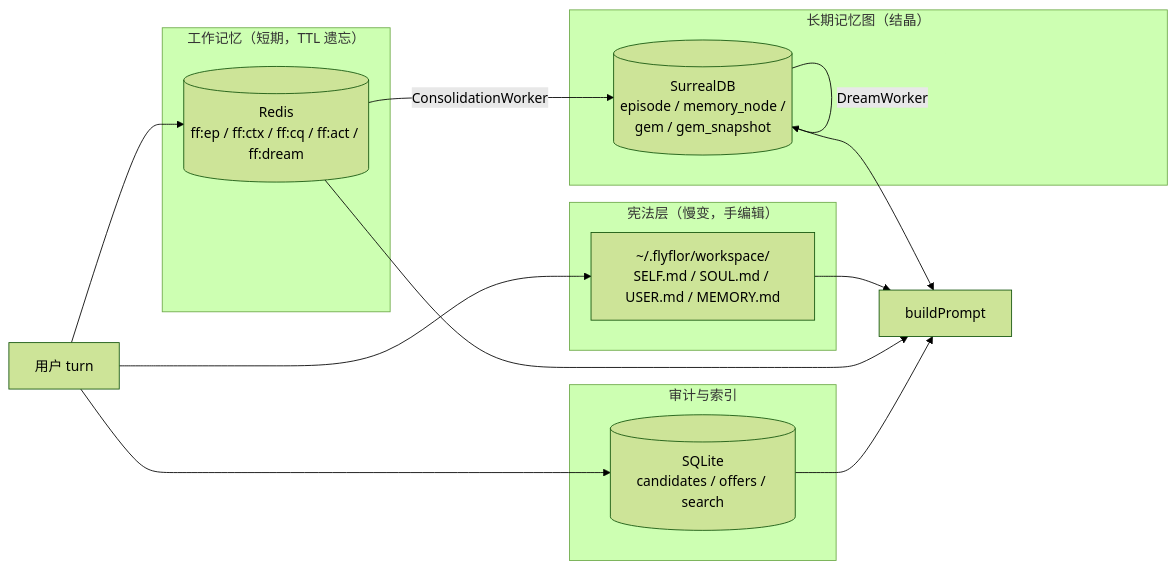
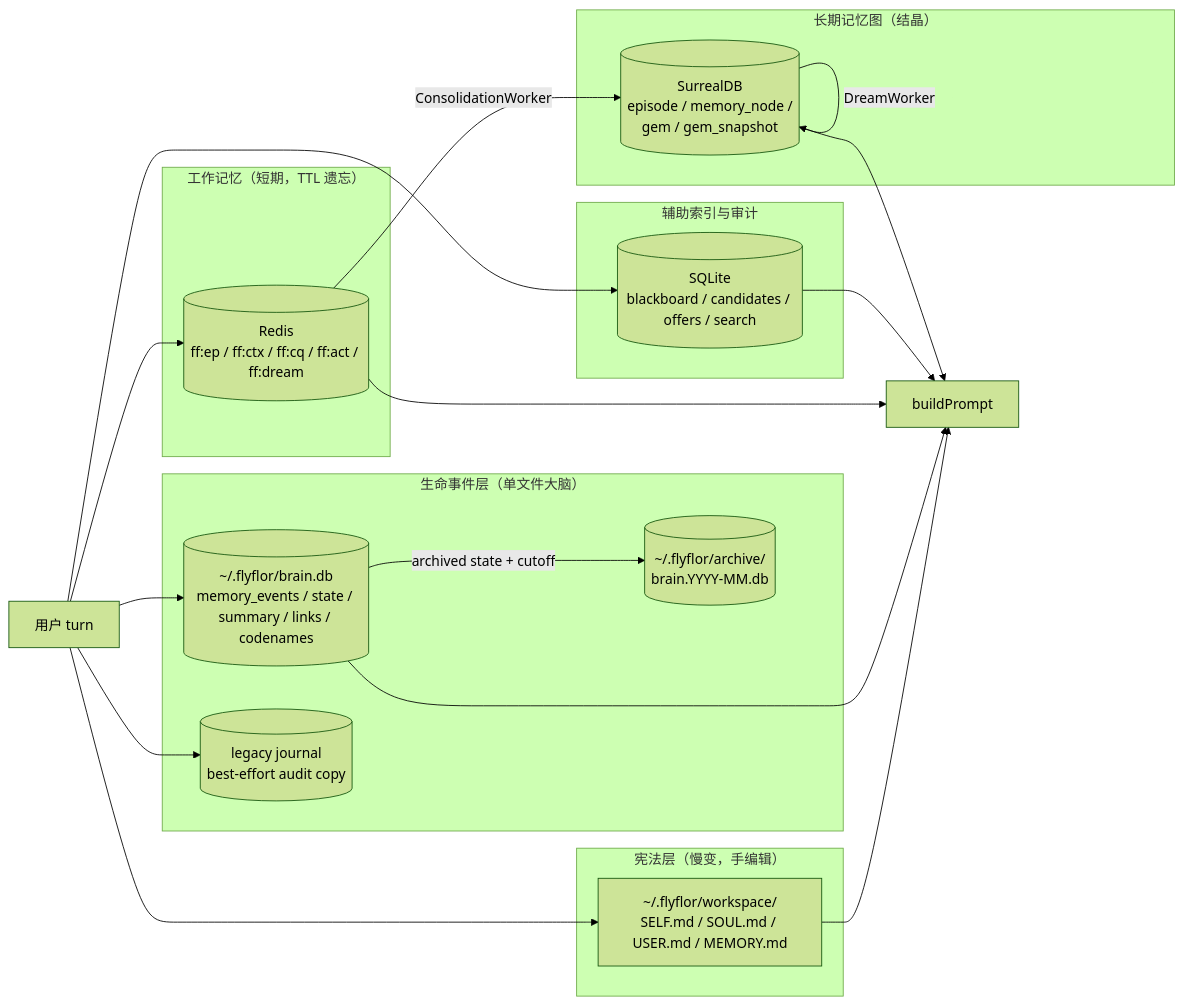
Before and after one commit to flyflor/flyflor: the first of 5 diagrams in docs/memory.system.md, drawn with Mermaid (forest theme). The commit also changed other lines of this file and 68 other files, not shown here.

Commit message:
feat(memory): close summary embedding and brain archive rollout

````diff
--- a/docs/memory.system.md
+++ b/docs/memory.system.md
@@ -27,28 +30,38 @@
 ```mermaid
 flowchart LR
     subgraph Constitutional["宪法层（慢变，手编辑）"]
         Markdown["~/.flyflor/workspace/<br/>SELF.md / SOUL.md / USER.md / MEMORY.md"]
     end
 
     subgraph Working["工作记忆（短期，TTL 遗忘）"]
         Redis[("Redis<br/>ff:ep / ff:ctx / ff:cq / ff:act / ff:dream")]
     end
 
-    subgraph Index["审计与索引"]
-        SQLite[("SQLite<br/>candidates / offers / search")]
+    subgraph Life["生命事件层（单文件大脑）"]
+        Brain[("~/.flyflor/brain.db<br/>memory_events / state / summary / links / codenames")]
+        Archive[("~/.flyflor/archive/<br/>brain.YYYY-MM.db")]
+        Journal[("legacy journal<br/>best-effort audit copy")]
+    end
+
+    subgraph Index["辅助索引与审计"]
+        SQLite[("SQLite<br/>blackboard / candidates / offers / search")]
     end
 
     subgraph LongTerm["长期记忆图（结晶）"]
         Surreal[("SurrealDB<br/>episode / memory_node /<br/>gem / gem_snapshot")]
     end
 
-    User["用户 turn"] --> Redis
+    User["用户 turn"] --> Brain
+    Brain -- archived state + cutoff --> Archive
+    User --> Journal
+    User --> Redis
     Redis -- ConsolidationWorker --> Surreal
     Surreal -- DreamWorker --> Surreal
     User --> Markdown
     User --> SQLite
     Markdown --> Prompt["buildPrompt"]
+    Brain --> Prompt
     Redis --> Prompt
     Surreal --> Prompt
     SQLite --> Prompt
 ```
````
